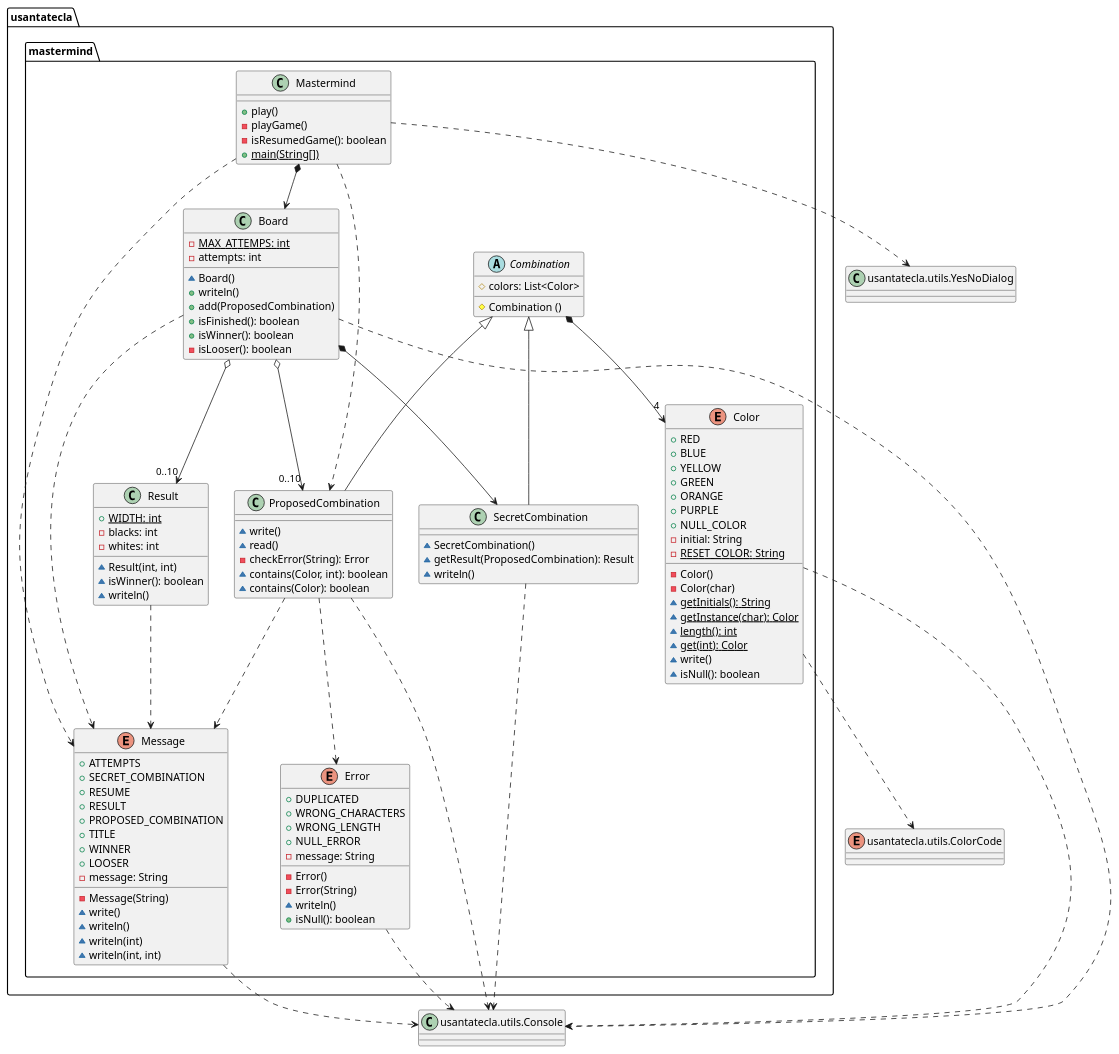
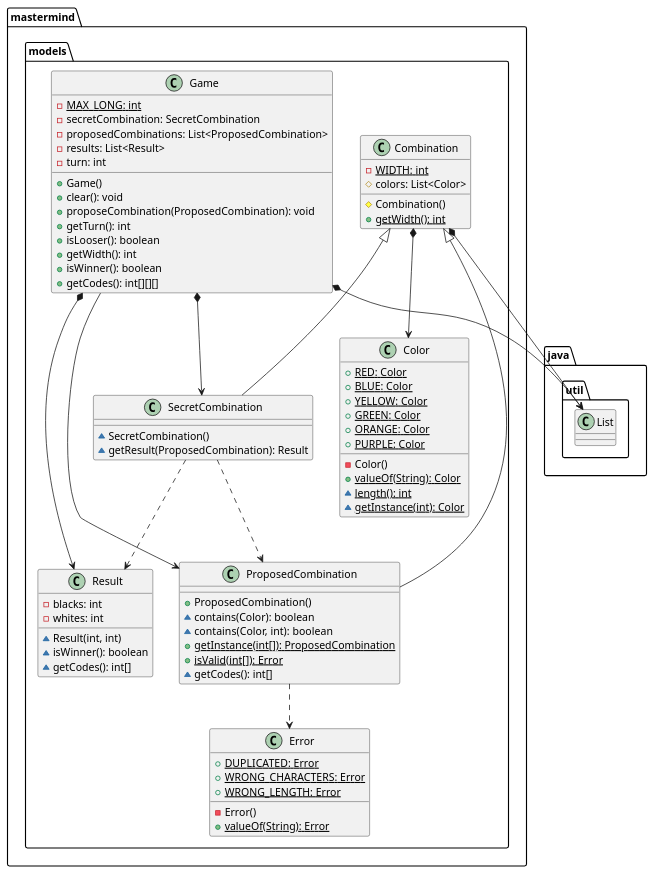
The fifth of 6 diagrams in modelViewPresenter/presentationModel/withFacade/docs/diagrams/src/paquetes.plantuml (SantaTecla-mastermind/solution.java.swing.socket.sql), drawn with PlantUML before and after one commit. The commit also changed other lines of this file and 12 other files, not shown here.

Commit message:
Diagrams updated MVP Facade

```diff
--- a/modelViewPresenter/presentationModel/withFacade/docs/diagrams/src/paquetes.plantuml
+++ b/modelViewPresenter/presentationModel/withFacade/docs/diagrams/src/paquetes.plantuml
@@ -1,146 +189,78 @@
-@startuml mastermind
-package usantatecla.mastermind {
-class Mastermind {
-	+ play()
-	- playGame()
-	- isResumedGame(): boolean 
-	+ {static} main(String[])
+@startuml usantatecla.mastermind.models
+class  mastermind.models.Color{
++ {static} RED: Color
++ {static} BLUE: Color
++ {static} YELLOW: Color
++ {static} GREEN: Color
++ {static} ORANGE: Color
++ {static} PURPLE: Color
+- Color()
++ {static} valueOf(String): Color
+~ {static} length(): int
+~ {static} getInstance(int): Color
 }
 
+class  mastermind.models.Combination{
+- {static} WIDTH: int
+# colors: List<Color>
+# Combination()
++ {static} getWidth(): int
+}
+mastermind.models.Combination *-down-> java.util.List
+mastermind.models.Combination *-down-> mastermind.models.Color
 
-class Board {
-  - MAX_ATTEMPS: {static} int 
-  - attempts: int 
-  ~ Board()
-  + writeln()
-  + add(ProposedCombination)
-  + isFinished(): boolean 
-  + isWinner(): boolean 
-  - isLooser(): boolean 
+class  mastermind.models.Error{
++ {static} DUPLICATED: Error
++ {static} WRONG_CHARACTERS: Error
++ {static} WRONG_LENGTH: Error
+- Error()
++ {static} valueOf(String): Error
 }
 
-abstract class Combination {
-	# colors: List<Color> 
-	# Combination ()
+class  mastermind.models.Game{
+- {static} MAX_LONG: int
+- secretCombination: SecretCombination
+- proposedCombinations: List<ProposedCombination>
+- results: List<Result>
+- turn: int
++ Game()
++ clear(): void
++ proposeCombination(ProposedCombination): void
++ getTurn(): int
++ isLooser(): boolean
++ getWidth(): int
++ isWinner(): boolean
++ getCodes(): int[][][]
+}
+mastermind.models.Game *-down-> java.util.List
+mastermind.models.Game *-down-> mastermind.models.SecretCombination
+mastermind.models.Game *-down-> mastermind.models.Result
+mastermind.models.Game --> mastermind.models.ProposedCombination
+
+class  mastermind.models.ProposedCombination{
++ ProposedCombination()
+~ contains(Color): boolean
+~ contains(Color, int): boolean
++ {static} getInstance(int[]): ProposedCombination
++ {static} isValid(int[]): Error
+~ getCodes(): int[]
+}
+mastermind.models.Combination <|-down- mastermind.models.ProposedCombination
+mastermind.models.ProposedCombination ..> mastermind.models.Error
+
+class  mastermind.models.Result{
+- blacks: int
+- whites: int
+~ Result(int, int)
+~ isWinner(): boolean
+~ getCodes(): int[]
 }
 
-class SecretCombination {
-	~ SecretCombination()
-	~ getResult(ProposedCombination): Result 
-	~ writeln()
+class  mastermind.models.SecretCombination{
+~ SecretCombination()
+~ getResult(ProposedCombination): Result
 }
-
-class ProposedCombination {
-	~write()
-	~read()
-	- checkError(String): Error 
-	~ contains(Color, int): boolean 
-	~ contains(Color): boolean 
-}
-
-class Result{
-	+ WIDTH: {static} int 
-	- blacks: int 
-	- whites: int 
-	~ Result(int, int)
-	~ isWinner(): boolean 
-	~ writeln()
-}
-
-enum Color {
-	+ RED
-	+ BLUE
-	+ YELLOW
-	+ GREEN
-	+ ORANGE
-	+ PURPLE
-	+ NULL_COLOR
-	- initial: String 
-	- RESET_COLOR: {static} String 
-	- Color()
-	- Color(char)
-	~ {static} getInitials(): String 
-	~ {static} getInstance(char): Color
-	~ {static} length(): int 
-	~ {static} get(int): Color 
-	~ write()
-	~ isNull(): boolean 
-}
-
-enum Error {
-	+ DUPLICATED
-	+ WRONG_CHARACTERS
-	+ WRONG_LENGTH
-	+ NULL_ERROR
-	- message: String
-	- Error()
-	- Error(String)
-	~ writeln()
-	+ isNull(): boolean 
-}
-
-enum Message {
-	+ ATTEMPTS
-	+ SECRET_COMBINATION
-	+ RESUME
-	+ RESULT
-	+ PROPOSED_COMBINATION
-	+ TITLE
-	+ WINNER
-	+ LOOSER
-	- message: String 
-	- Message(String)
-	~ write()
-	~ writeln()
-	~ writeln(int)
-	~ writeln(int, int)
-}
-
-
-
-Mastermind *-down-> Board 
-Mastermind .down.> ProposedCombination
-Board *-down-> SecretCombination 
-Board o-down-> "0..10" ProposedCombination 
-Board o-down-> "0..10" Result 
-
-Combination *-down-> "4" Color 
-Combination <|-down- SecretCombination
-Combination <|-down- ProposedCombination
-ProposedCombination .down.> Error
-
-
-Mastermind .down.> Message
-Board .down.> Message
-ProposedCombination .down.> Message
-Result .down.> Message
-
-}
-
-
-
-class Console as "usantatecla.utils.Console" {
-
-
-}
-
-class YesNoDialog as "usantatecla.utils.YesNoDialog" {
-
-}
-
-enum ColorCode as "usantatecla.utils.ColorCode" {
-
-}
-
-
-
-
-Board .down.> Console
-Color .down.> Console
-Color .down.> ColorCode 
-Error .down.> Console
-Message .down.> Console
-ProposedCombination .down.> Console
-SecretCombination .down.> Console
-Mastermind .down.> YesNoDialog
+mastermind.models.Combination <|-down- mastermind.models.SecretCombination
+mastermind.models.SecretCombination ..> mastermind.models.Result
+mastermind.models.SecretCombination ..> mastermind.models.ProposedCombination
 @enduml
```
